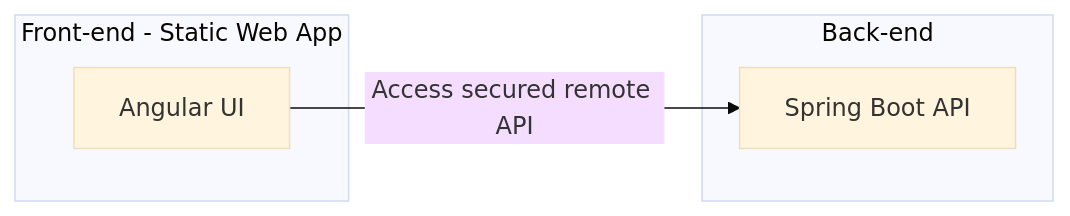
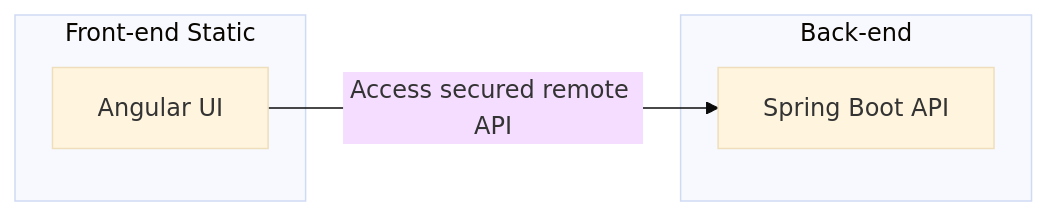
Before and after one commit to beluxappdev/demo-e2e-auth-azure-app-service: the seventh of 7 diagrams in README.md, drawn with Mermaid (base theme). The commit also changed other lines of this file, not shown here.

Commit message:
Update the name of the static web app in the diagrams to  be shorter.

````diff
--- a/README.md
+++ b/README.md
@@ -211,10 +211,10 @@
 ```mermaid
 flowchart LR
-  subgraph "Front-end - Static Web App"
+  subgraph "Front-end Static"
     fui[Angular UI]
   end
   subgraph "Back-end"
     bb[Spring Boot API]
   end
   fui -- Access secured remote API --> bb
 ```
````
